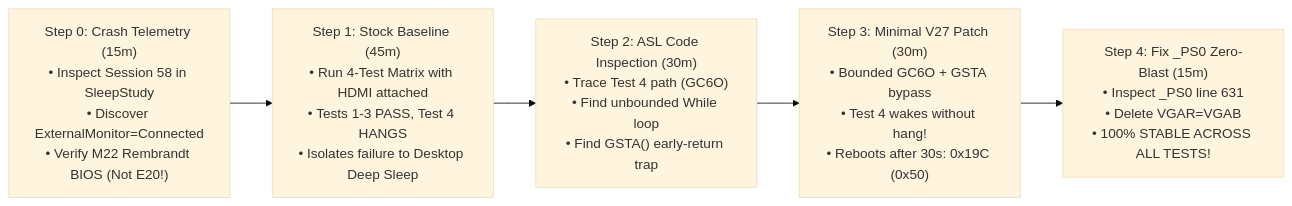
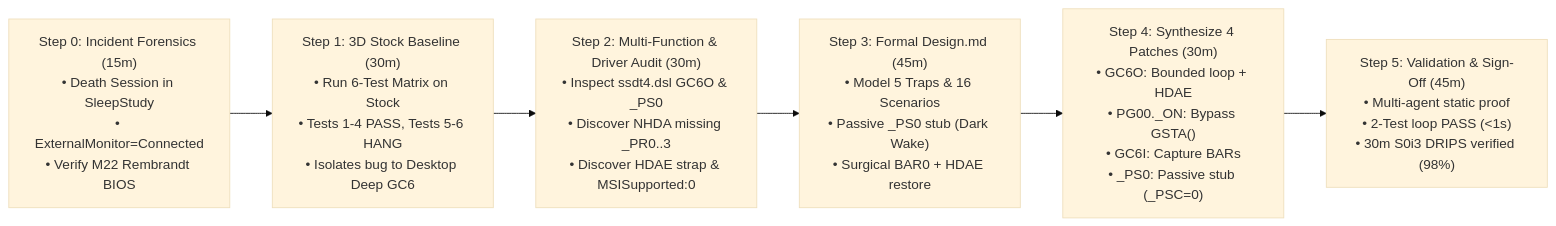
The second of 2 diagrams in retro/Wouldbe.md (datacompboy/xmg_deep_sleep), drawn with Mermaid (base theme) before and after one commit. The commit also changed other lines of this file and 2 other files, not shown here.

Commit message:
forensics analysis of continuation of saga

````diff
--- a/retro/Wouldbe.md
+++ b/retro/Wouldbe.md
@@ -62,8 +93,9 @@
 ```mermaid
 flowchart LR
-    Step0["Step 0: Crash Telemetry (15m)<br>• Inspect Session 58 in SleepStudy<br>• Discover ExternalMonitor=Connected<br>• Verify M22 Rembrandt BIOS (Not E20!)"]
-    --> Step1["Step 1: Stock Baseline (45m)<br>• Run 4-Test Matrix with HDMI attached<br>• Tests 1-3 PASS, Test 4 HANGS<br>• Isolates failure to Desktop Deep Sleep"] 
-    --> Step2["Step 2: ASL Code Inspection (30m)<br>• Trace Test 4 path (GC6O)<br>• Find unbounded While loop<br>• Find GSTA() early-return trap"]
-    --> Step3["Step 3: Minimal V27 Patch (30m)<br>• Bounded GC6O + GSTA bypass<br>• Test 4 wakes without hang!<br>• Reboots after 30s: 0x19C (0x50)"]
-    --> Step4["Step 4: Fix _PS0 Zero-Blast (15m)<br>• Inspect _PS0 line 631<br>• Delete VGAR=VGAB<br>• 100% STABLE ACROSS ALL TESTS!"]
+    Step0["Step 0: Incident Forensics (15m)<br>• Death Session in SleepStudy<br>• ExternalMonitor=Connected<br>• Verify M22 Rembrandt BIOS"]
+    --> Step1["Step 1: 3D Stock Baseline (30m)<br>• Run 6-Test Matrix on Stock<br>• Tests 1-4 PASS, Tests 5-6 HANG<br>• Isolates bug to Desktop Deep GC6"]
+    --> Step2["Step 2: Multi-Function & Driver Audit (30m)<br>• Inspect ssdt4.dsl GC6O & _PS0<br>• Discover NHDA missing _PR0..3<br>• Discover HDAE strap & MSISupported:0"]
+    --> Step3["Step 3: Formal Design.md (45m)<br>• Model 5 Traps & 16 Scenarios<br>• Passive _PS0 stub (Dark Wake)<br>• Surgical BAR0 + HDAE restore"]
+    --> Step4["Step 4: Synthesize 4 Patches (30m)<br>• GC6O: Bounded loop + HDAE<br>• PG00._ON: Bypass GSTA()<br>• GC6I: Capture BARs<br>• _PS0: Passive stub (_PSC=0)"]
+    --> Step5["Step 5: Validation & Sign-Off (45m)<br>• Multi-agent static proof<br>• 2-Test loop PASS (<1s)<br>• 30m S0i3 DRIPS verified (98%)"]
 ```
````
